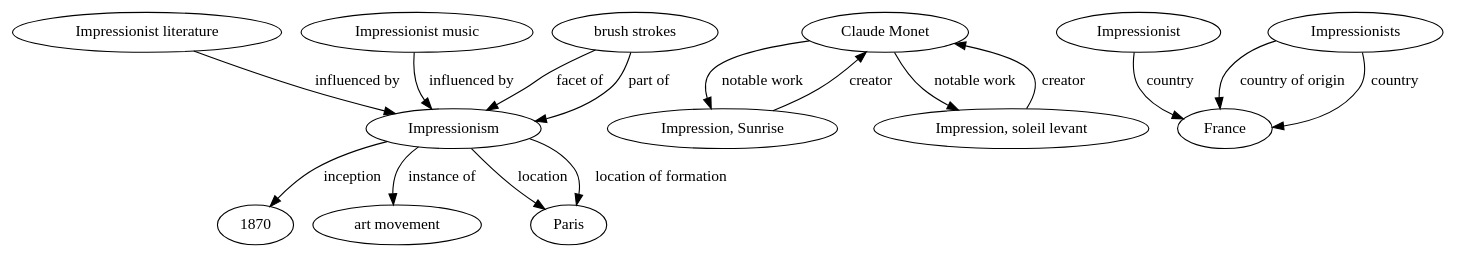
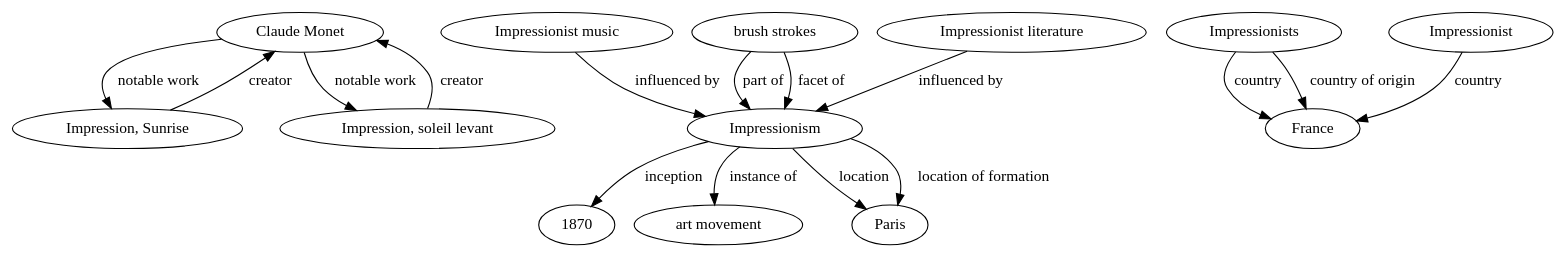
The diagram in param-search/graphs/rebel/sent/1/Impressionism.dot (N-Shimoda/KG-MCQA), drawn with Graphviz before and after one commit. The commit also changed other lines of this file and 42 other files, not shown here.

```diff
--- a/param-search/graphs/rebel/sent/1/Impressionism.dot
+++ b/param-search/graphs/rebel/sent/1/Impressionism.dot
@@ -1,33 +1,33 @@
 digraph RDFGraph {
 	// Nodes
+	"Claude Monet";
+	"Impressionist music";
+	"Impressionism";
+	"Impressionists";
+	"brush strokes";
 	"Impressionist literature";
-	"Claude Monet";
 	"Impression, Sunrise";
-	"Impressionist music";
-	"brush strokes";
-	"Impressionism";
+	"Impression, soleil levant";
 	"Impressionist";
-	"Impression, soleil levant";
-	"Impressionists";
+	"France";
 	"1870";
-	"France";
 	"art movement";
 	"Paris";
 
 	// Edges
+	"brush strokes" -> "Impressionism" [label="part of"];
 	"brush strokes" -> "Impressionism" [label="facet of"];
 	"Impressionism" -> "art movement" [label="instance of"];
-	"brush strokes" -> "Impressionism" [label="part of"];
+	"Impressionism" -> "Paris" [label="location"];
 	"Impressionism" -> "1870" [label="inception"];
-	"Impressionism" -> "Paris" [label="location"];
 	"Impressionism" -> "Paris" [label="location of formation"];
 	"Impressionist" -> "France" [label="country"];
+	"Impressionists" -> "France" [label="country"];
 	"Impressionists" -> "France" [label="country of origin"];
-	"Impressionists" -> "France" [label="country"];
+	"Claude Monet" -> "Impression, soleil levant" [label="notable work"];
 	"Impression, Sunrise" -> "Claude Monet" [label="creator"];
+	"Claude Monet" -> "Impression, Sunrise" [label="notable work"];
 	"Impression, soleil levant" -> "Claude Monet" [label="creator"];
-	"Claude Monet" -> "Impression, soleil levant" [label="notable work"];
-	"Claude Monet" -> "Impression, Sunrise" [label="notable work"];
 	"Impressionist music" -> "Impressionism" [label="influenced by"];
 	"Impressionist literature" -> "Impressionism" [label="influenced by"];
 }
```
